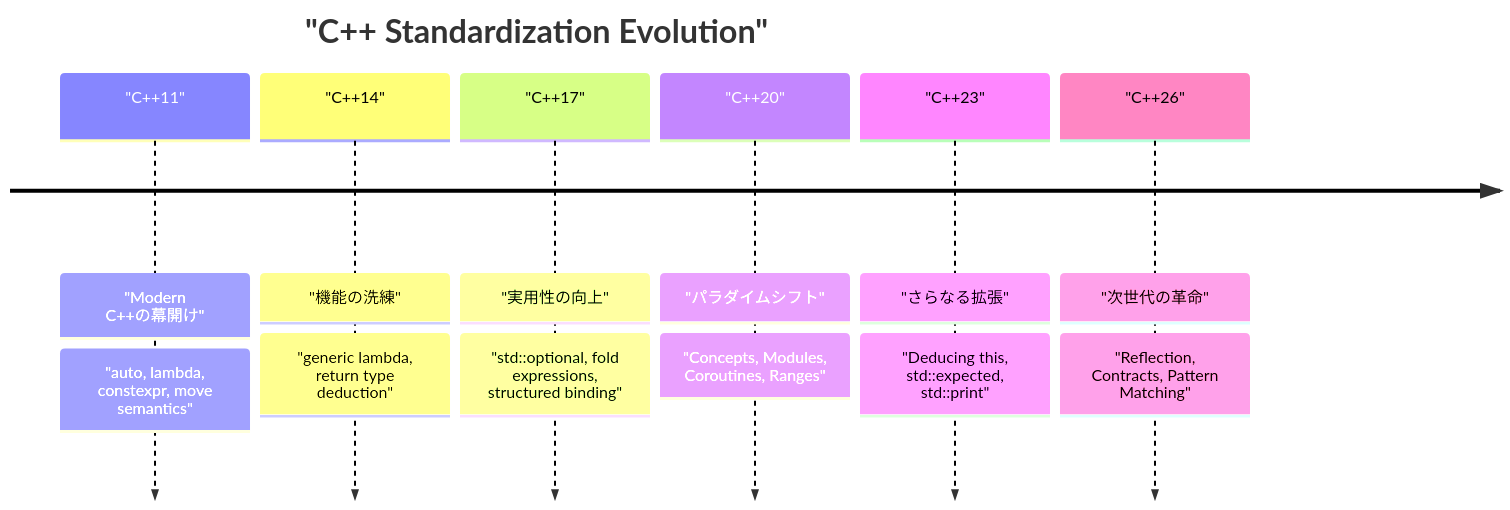
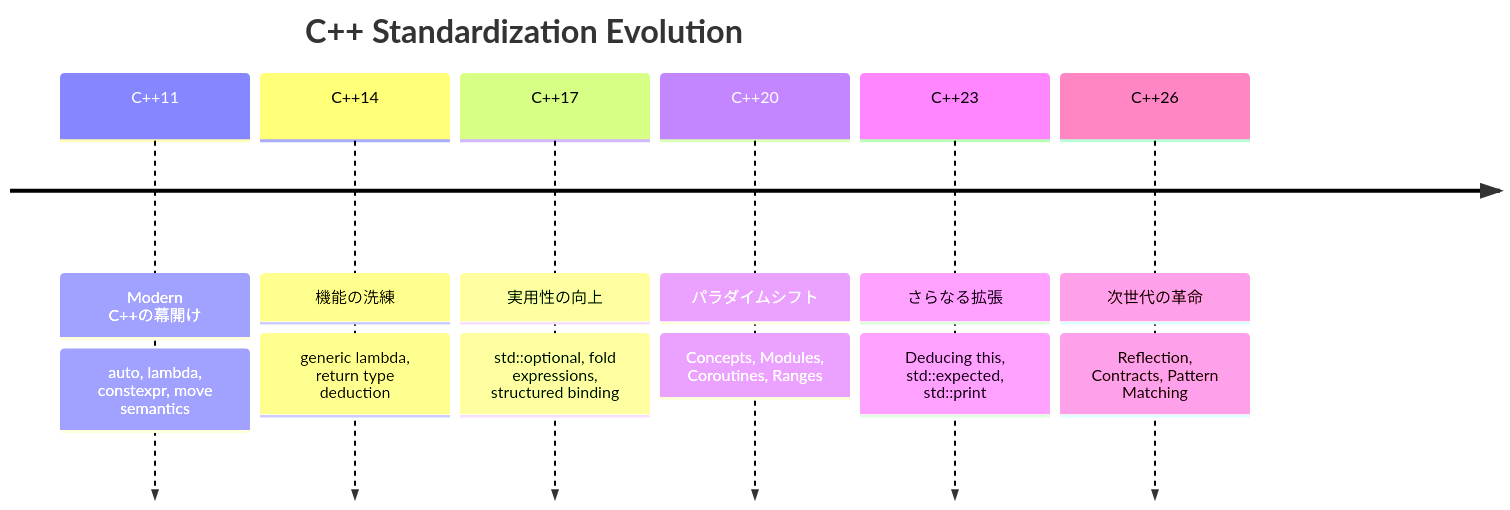
Before and after one commit to kenjinote/blog: the first of 4 diagrams in content/post/cpp26新機能/index.md, drawn with Mermaid. The commit also changed other lines of this file and 703 other files, not shown here.

Commit message:
Fix: Remove quotes from Mermaid link texts and timeline definitions to support Mermaid 11.4.1

````diff
--- a/content/post/cpp26新機能/index.md
+++ b/content/post/cpp26新機能/index.md
@@ -20,10 +20,10 @@
 ```mermaid
 timeline
-    title "C++ Standardization Evolution"
-    "C++11" : "Modern C++の幕開け" : "auto, lambda, constexpr, move semantics"
-    "C++14" : "機能の洗練" : "generic lambda, return type deduction"
-    "C++17" : "実用性の向上" : "std::optional, fold expressions, structured binding"
-    "C++20" : "パラダイムシフト" : "Concepts, Modules, Coroutines, Ranges"
-    "C++23" : "さらなる拡張" : "Deducing this, std::expected, std::print"
-    "C++26" : "次世代の革命" : "Reflection, Contracts, Pattern Matching"
+    title C++ Standardization Evolution
+    C++11 : Modern C++の幕開け : auto, lambda, constexpr, move semantics
+    C++14 : 機能の洗練 : generic lambda, return type deduction
+    C++17 : 実用性の向上 : std::optional, fold expressions, structured binding
+    C++20 : パラダイムシフト : Concepts, Modules, Coroutines, Ranges
+    C++23 : さらなる拡張 : Deducing this, std::expected, std::print
+    C++26 : 次世代の革命 : Reflection, Contracts, Pattern Matching
 ```
````
